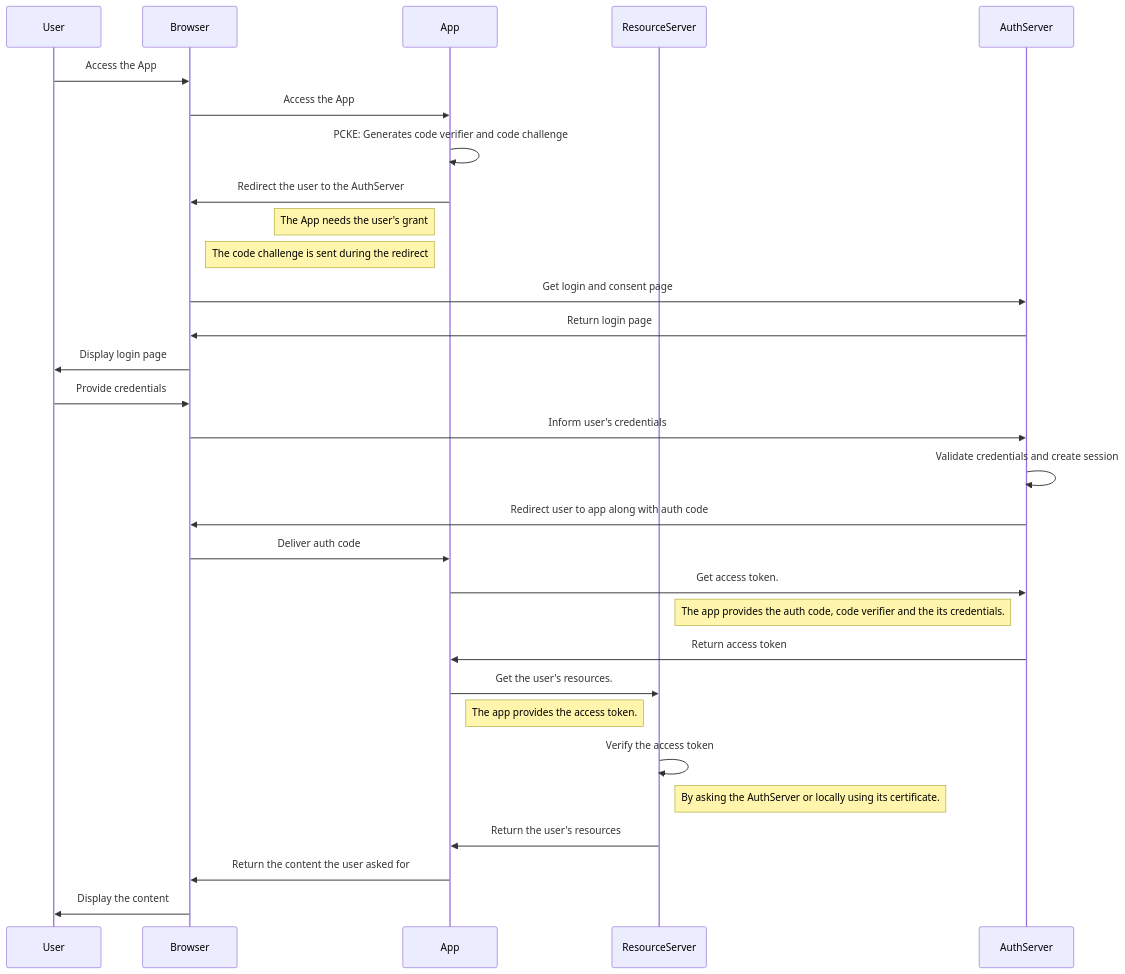
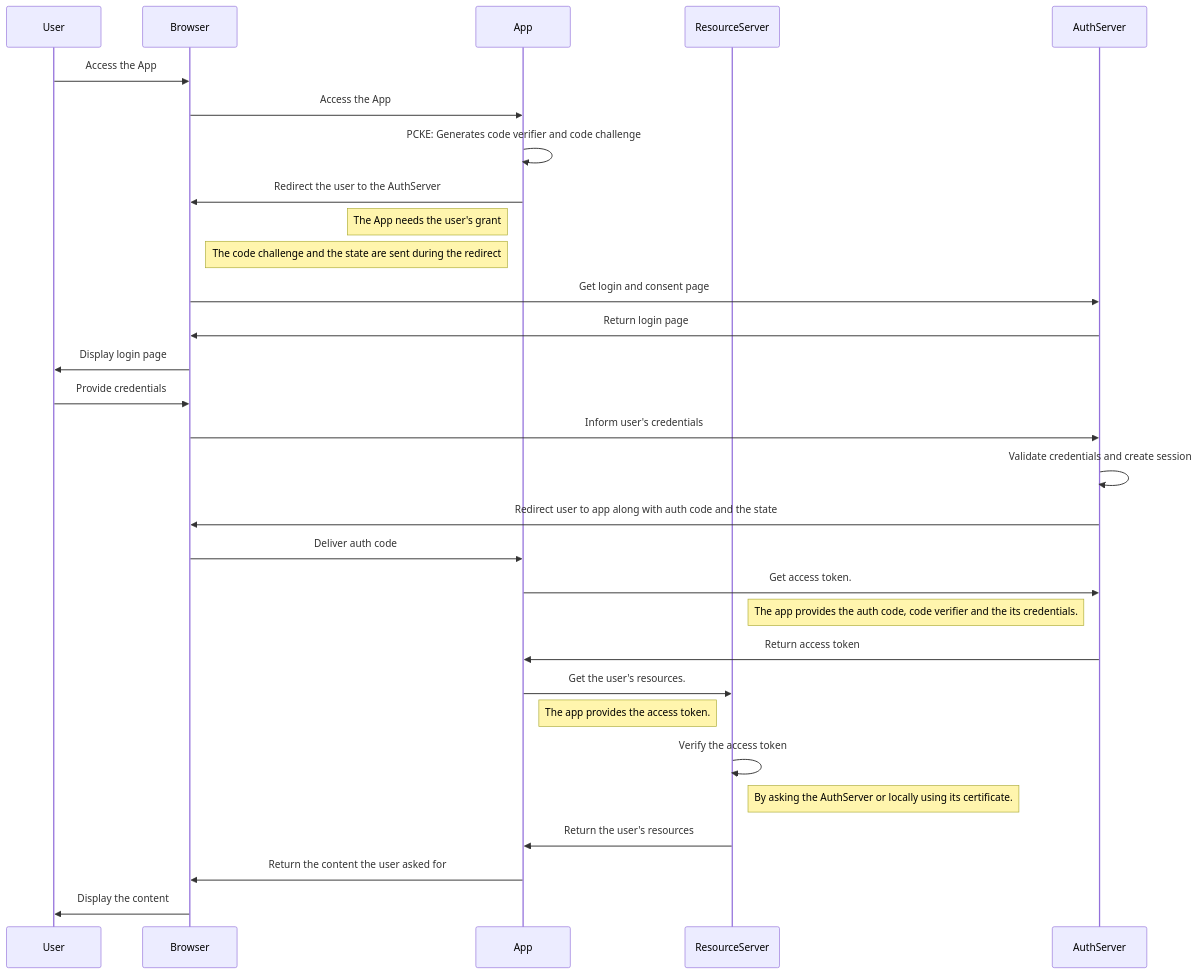
One commit to luikyv/oauth2-env changed the diagram in README.md. Above: the diagram before and after it, drawn with Mermaid. The commit also changed other lines of this file and 15 other files, not shown here.

````diff
--- a/README.md
+++ b/README.md
@@ -10,51 +19,51 @@
 ```mermaid
 sequenceDiagram
     participant User
     participant Browser
     participant App
     participant ResourceServer
     participant AuthServer
 
     User ->> Browser: Access the App
     
     Browser ->> App: Access the App
 
     App ->> App: PCKE: Generates code verifier and code challenge
 
     App ->> Browser: Redirect the user to the AuthServer
     Note left of App: The App needs the user's grant
-    Note left of App: The code challenge is sent during the redirect
+    Note left of App: The code challenge and the state are sent during the redirect
 
     Browser ->> AuthServer: Get login and consent page
     
     AuthServer ->> Browser: Return login page
     
     Browser ->> User: Display login page
     
     User ->> Browser: Provide credentials
     
     Browser ->>  AuthServer: Inform user's credentials
     
     AuthServer ->> AuthServer: Validate credentials and create session
 
-    AuthServer ->> Browser: Redirect user to app along with auth code
+    AuthServer ->> Browser: Redirect user to app along with auth code and the state
 
     Browser ->> App: Deliver auth code
 
     App ->> AuthServer: Get access token.
     Note left of AuthServer: The app provides the auth code, code verifier and the its credentials.
 
     AuthServer ->> App: Return access token
 
     App ->> ResourceServer: Get the user's resources.
     Note left of ResourceServer: The app provides the access token.
 
     ResourceServer ->> ResourceServer: Verify the access token
     Note right of ResourceServer: By asking the AuthServer or locally using its certificate.
 
     ResourceServer ->> App: Return the user's resources
 
     App ->> Browser: Return the content the user asked for
 
     Browser ->> User: Display the content
 ```
````
